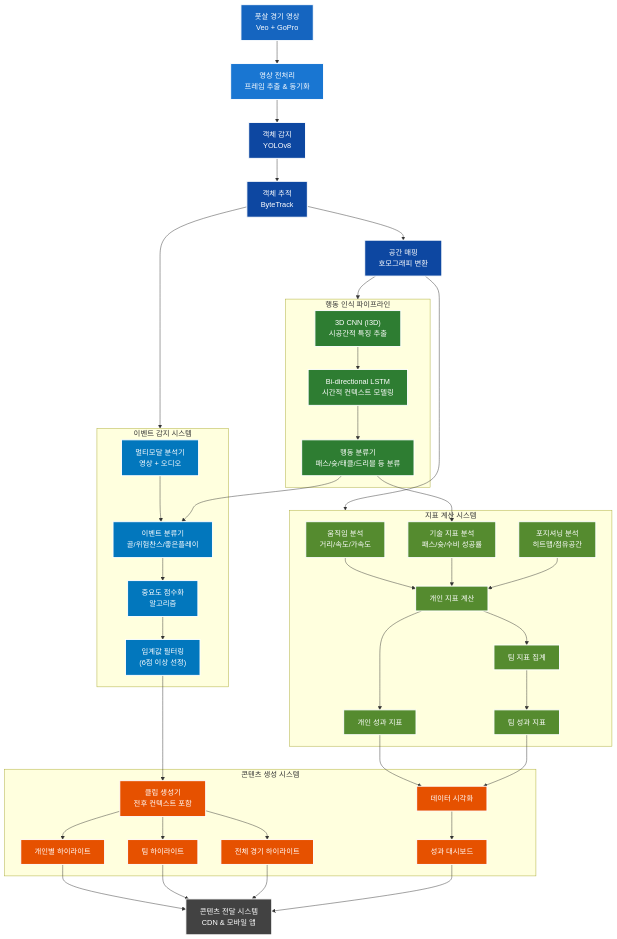
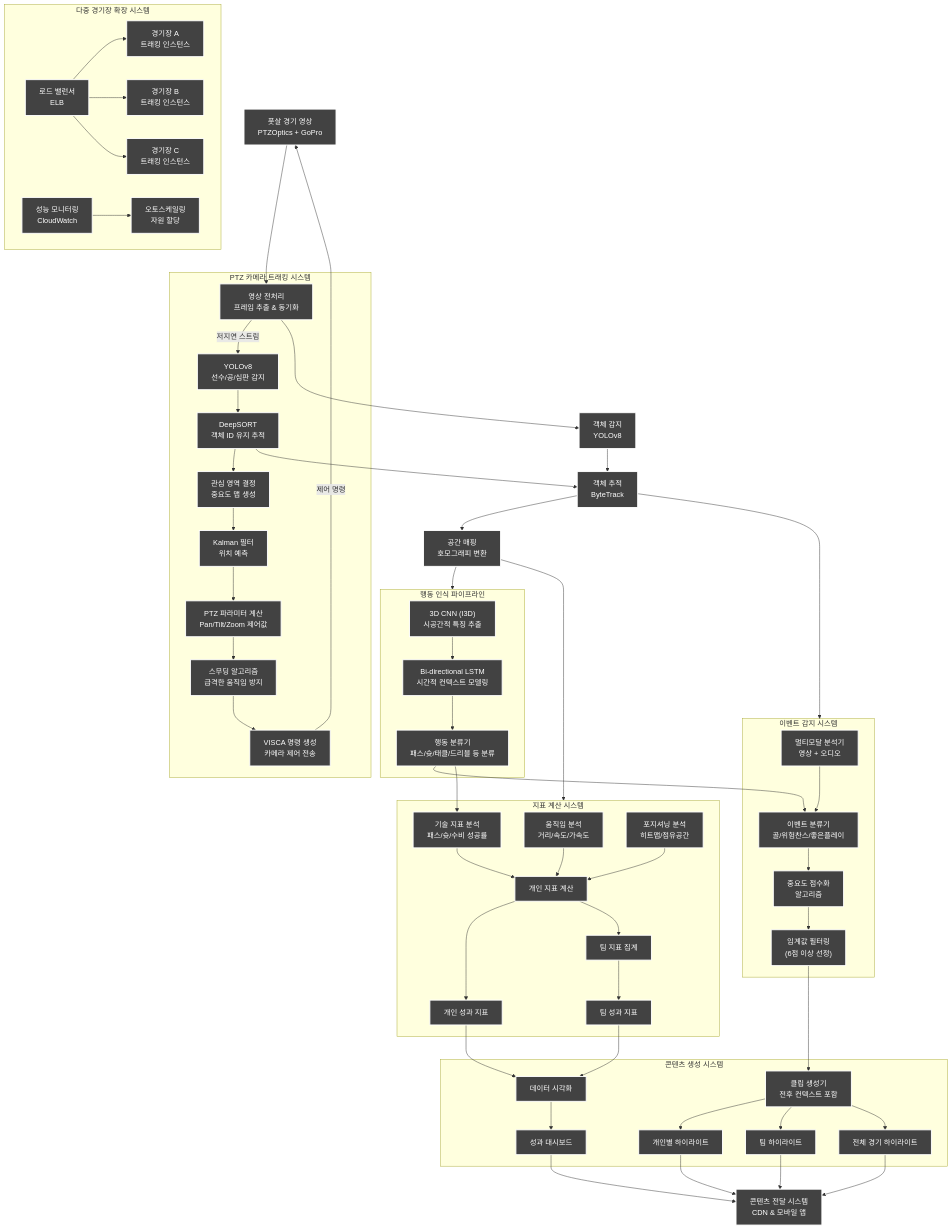
Before and after one commit to Mbt70/ROKAF-Startup-Challenge-Every-futsal-: the fourth of 4 diagrams in README.md, drawn with Mermaid. The commit also changed other lines of this file, not shown here.

````diff
--- a/README.md
+++ b/README.md
@@ -433,78 +481,107 @@
 ```mermaid
 flowchart TD
-  %% Input data
-  Video[풋살 경기 영상<br>Veo + GoPro] --> PreProc[영상 전처리<br>프레임 추출 & 동기화]
-
-  %% Computer Vision Pipeline
-  PreProc --> Detection[객체 감지<br>YOLOv8]
-  Detection --> Tracking[객체 추적<br>ByteTrack]
-  Tracking --> Mapping[공간 매핑<br>호모그래피 변환]
-
-  %% Action Recognition
-  subgraph ActionRecog["행동 인식 파이프라인"]
-    CNN["3D CNN (I3D)<br>시공간적 특징 추출"] --> BiLSTM["Bi-directional LSTM<br>시간적 컨텍스트 모델링"]
-    BiLSTM --> ActionClass["행동 분류기<br>패스/슛/태클/드리블 등 분류"]
-  end
-
-  %% Event Detection
-  subgraph EventDetect["이벤트 감지 시스템"]
-    Multi["멀티모달 분석기<br>영상 + 오디오"] --> EventClass["이벤트 분류기<br>골/위험찬스/좋은플레이"]
-    EventClass --> Scoring["중요도 점수화<br>알고리즘"]
-    Scoring --> Threshold["임계값 필터링<br>(6점 이상 선정)"]
-  end
-
-  %% Metrics Calculation
-  subgraph MetricsCalc["지표 계산 시스템"]
-    MovementA["움직임 분석<br>거리/속도/가속도"] --> PlayerMetrics["개인 지표 계산"]
-    ActionMetrics["기술 지표 분석<br>패스/슛/수비 성공률"] --> PlayerMetrics
-    PositionA["포지셔닝 분석<br>히트맵/점유공간"] --> PlayerMetrics
-
-    PlayerMetrics --> IndividualStats["개인 성과 지표"]
-    PlayerMetrics --> TeamMetrics["팀 지표 집계"]
-    TeamMetrics --> TeamStats["팀 성과 지표"]
-  end
-
-  %% Content Generation
-  subgraph ContentGen["콘텐츠 생성 시스템"]
-    Threshold --> ClipGen["클립 생성기<br>전후 컨텍스트 포함"]
-    ClipGen --> IndHighlights["개인별 하이라이트"]
-    ClipGen --> TeamHighlights["팀 하이라이트"]
-    ClipGen --> FullHighlights["전체 경기 하이라이트"]
-
-    IndividualStats --> DataViz["데이터 시각화"]
-    TeamStats --> DataViz
-    DataViz --> Dashboard["성과 대시보드"]
-  end
-
-  %% Pipeline Connections
-  Mapping --> ActionRecog
-  Mapping --> MetricsCalc
-  Tracking --> EventDetect
-  ActionClass --> EventClass
-  ActionClass --> ActionMetrics
-
-  %% Output and Delivery
-  IndHighlights --> DeliverySystem["콘텐츠 전달 시스템<br>CDN & 모바일 앱"]
-  TeamHighlights --> DeliverySystem
-  FullHighlights --> DeliverySystem
-  Dashboard --> DeliverySystem
-
-  %% Styling (진한 배경, 흰색 텍스트)
-  classDef input fill:#1565c0,stroke:#fff,stroke-width:2px, color:#fff;
-  classDef preproc fill:#1976d2,stroke:#fff,stroke-width:2px, color:#fff;
-  classDef vision fill:#0d47a1,stroke:#fff,stroke-width:2px, color:#fff;
-  classDef action fill:#2e7d32,stroke:#fff,stroke-width:2px, color:#fff;
-  classDef event fill:#0277bd,stroke:#fff,stroke-width:2px, color:#fff;
-  classDef metrics fill:#558b2f,stroke:#fff,stroke-width:2px, color:#fff;
-  classDef content fill:#e65100,stroke:#fff,stroke-width:2px, color:#fff;
-  classDef delivery fill:#424242,stroke:#fff,stroke-width:2px, color:#fff;
-
-  class Video input;
-  class PreProc preproc;
-  class Detection,Tracking,Mapping vision;
-  class CNN,BiLSTM,ActionClass action;
-  class Multi,EventClass,Scoring,Threshold event;
-  class MovementA,ActionMetrics,PositionA,PlayerMetrics,TeamMetrics,IndividualStats,TeamStats metrics;
-  class ClipGen,IndHighlights,TeamHighlights,FullHighlights,DataViz,Dashboard content;
-  class DeliverySystem delivery;
+    %% Input data
+    Video[풋살 경기 영상<br>PTZOptics + GoPro] --> PreProc[영상 전처리<br>프레임 추출 & 동기화]
+    
+    %% New Tracking Pipeline
+    subgraph TrackingSystem["PTZ 카메라 트래킹 시스템"]
+        PreProc --> |저지연 스트림| YOLO["YOLOv8<br>선수/공/심판 감지"]
+        YOLO --> DST["DeepSORT<br>객체 ID 유지 추적"]
+        DST --> ROI["관심 영역 결정<br>중요도 맵 생성"]
+        ROI --> Kalman["Kalman 필터<br>위치 예측"]
+        Kalman --> PTZ["PTZ 파라미터 계산<br>Pan/Tilt/Zoom 제어값"]
+        PTZ --> Smooth["스무딩 알고리즘<br>급격한 움직임 방지"]
+        Smooth --> VISCA["VISCA 명령 생성<br>카메라 제어 전송"]
+    end
+    
+    %% Computer Vision Pipeline
+    PreProc --> Detection["객체 감지<br>YOLOv8"]
+    Detection --> Tracking["객체 추적<br>ByteTrack"]
+    Tracking --> Mapping["공간 매핑<br>호모그래피 변환"]
+    
+    %% Action Recognition
+    subgraph ActionRecog["행동 인식 파이프라인"]
+        CNN["3D CNN (I3D)<br>시공간적 특징 추출"] --> BiLSTM["Bi-directional LSTM<br>시간적 컨텍스트 모델링"]
+        BiLSTM --> ActionClass["행동 분류기<br>패스/슛/태클/드리블 등 분류"]
+    end
+    
+    %% Event Detection
+    subgraph EventDetect["이벤트 감지 시스템"]
+        Multi["멀티모달 분석기<br>영상 + 오디오"] --> EventClass["이벤트 분류기<br>골/위험찬스/좋은플레이"]
+        EventClass --> Scoring["중요도 점수화<br>알고리즘"]
+        Scoring --> Threshold["임계값 필터링<br>(6점 이상 선정)"]
+    end
+    
+    %% Metrics Calculation
+    subgraph MetricsCalc["지표 계산 시스템"]
+        MovementA["움직임 분석<br>거리/속도/가속도"] --> PlayerMetrics["개인 지표 계산"]
+        ActionMetrics["기술 지표 분석<br>패스/슛/수비 성공률"] --> PlayerMetrics
+        PositionA["포지셔닝 분석<br>히트맵/점유공간"] --> PlayerMetrics
+        
+        PlayerMetrics --> IndividualStats["개인 성과 지표"]
+        PlayerMetrics --> TeamMetrics["팀 지표 집계"]
+        TeamMetrics --> TeamStats["팀 성과 지표"]
+    end
+    
+    %% Content Generation
+    subgraph ContentGen["콘텐츠 생성 시스템"]
+        Threshold --> ClipGen["클립 생성기<br>전후 컨텍스트 포함"]
+        ClipGen --> IndHighlights["개인별 하이라이트"]
+        ClipGen --> TeamHighlights["팀 하이라이트"]
+        ClipGen --> FullHighlights["전체 경기 하이라이트"]
+        
+        IndividualStats --> DataViz["데이터 시각화"]
+        TeamStats --> DataViz
+        DataViz --> Dashboard["성과 대시보드"]
+    end
+    
+    %% Multi-field scaling
+    subgraph Scaling["다중 경기장 확장 시스템"]
+        LoadBalancer["로드 밸런서<br>ELB"] --> Track1["경기장 A<br>트래킹 인스턴스"]
+        LoadBalancer --> Track2["경기장 B<br>트래킹 인스턴스"]
+        LoadBalancer --> Track3["경기장 C<br>트래킹 인스턴스"]
+        
+        Monitor["성능 모니터링<br>CloudWatch"] --> Autoscale["오토스케일링<br>자원 할당"]
+    end
+    
+    %% Pipeline Connections
+    Mapping --> ActionRecog
+    Mapping --> MetricsCalc
+    Tracking --> EventDetect
+    ActionClass --> EventClass
+    ActionClass --> ActionMetrics
+    DST --> Tracking
+    
+    %% Output and Delivery
+    IndHighlights --> DeliverySystem["콘텐츠 전달 시스템<br>CDN & 모바일 앱"]
+    TeamHighlights --> DeliverySystem
+    FullHighlights --> DeliverySystem
+    Dashboard --> DeliverySystem
+    
+    %% Feedback connection
+    VISCA --> |제어 명령| Video
+    
+    %% 스타일링: 모든 클래스에 어두운 배경과 흰색 텍스트 적용
+    classDef input fill:#424242,stroke:#fff,stroke-width:2px,color:#fff;
+    classDef preproc fill:#424242,stroke:#fff,stroke-width:2px,color:#fff;
+    classDef vision fill:#424242,stroke:#fff,stroke-width:2px,color:#fff;
+    classDef tracking fill:#424242,stroke:#fff,stroke-width:2px,color:#fff;
+    classDef action fill:#424242,stroke:#fff,stroke-width:2px,color:#fff;
+    classDef event fill:#424242,stroke:#fff,stroke-width:2px,color:#fff;
+    classDef metrics fill:#424242,stroke:#fff,stroke-width:2px,color:#fff;
+    classDef content fill:#424242,stroke:#fff,stroke-width:2px,color:#fff;
+    classDef output fill:#424242,stroke:#fff,stroke-width:2px,color:#fff;
+    classDef delivery fill:#424242,stroke:#fff,stroke-width:2px,color:#fff;
+    classDef scaling fill:#424242,stroke:#fff,stroke-width:2px,color:#fff;
+    
+    class Video input;
+    class PreProc preproc;
+    class Detection,Tracking,Mapping vision;
+    class YOLO,DST,ROI,Kalman,PTZ,Smooth,VISCA tracking;
+    class CNN,BiLSTM,ActionClass action;
+    class Multi,EventClass,Scoring,Threshold event;
+    class MovementA,ActionMetrics,PositionA,PlayerMetrics,TeamMetrics,IndividualStats,TeamStats metrics;
+    class ClipGen,IndHighlights,TeamHighlights,FullHighlights,DataViz,Dashboard content;
+    class DeliverySystem delivery;
+    class LoadBalancer,Track1,Track2,Track3,Monitor,Autoscale scaling;
 ```
````
